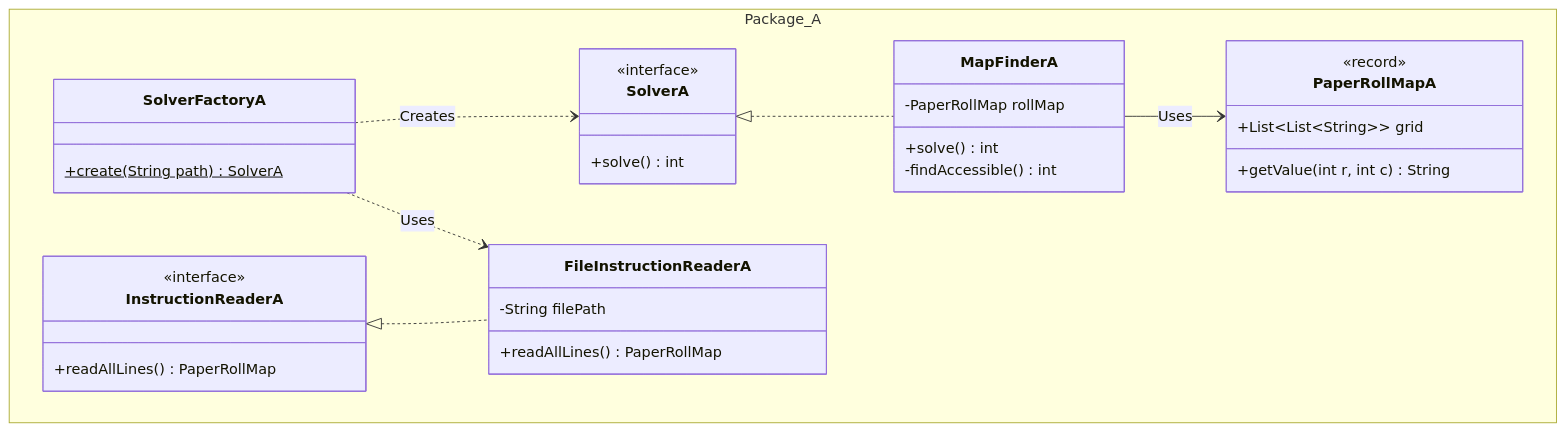
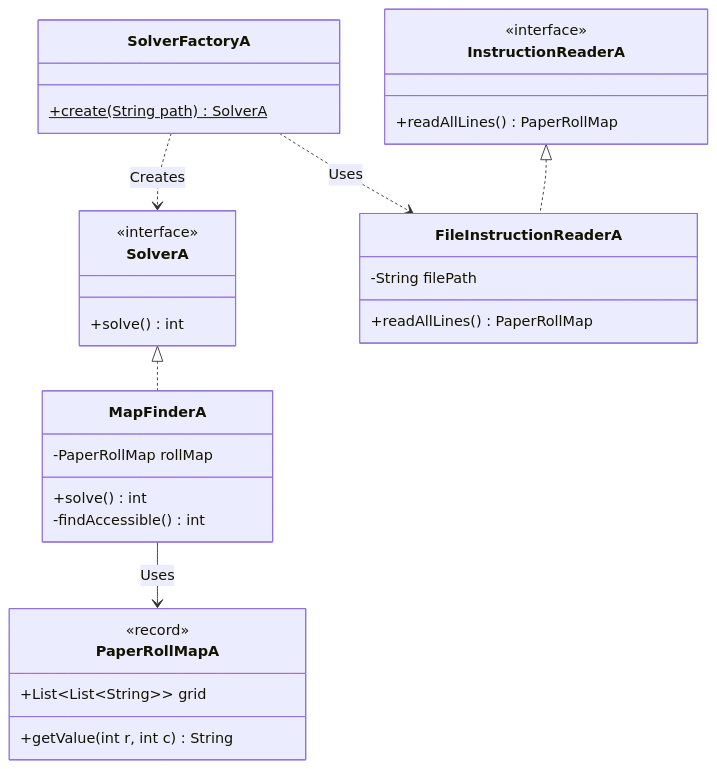
One commit to Carlossr2401/AdventOfCode4-2025 changed the first of 2 diagrams in README.md. Above: the diagram before and after it, drawn with Mermaid. The commit also changed other lines of this file, not shown here.

Commit message:
Fix: Fixed Mermaid Diagram B

````diff
--- a/README.md
+++ b/README.md
@@ -27,38 +27,36 @@
 ```mermaid
 classDiagram
-    namespace Package_A {
         class SolverA {
             <<interface>>
             +solve() int
         }
         class InstructionReaderA {
             <<interface>>
             +readAllLines() PaperRollMap
         }
         class FileInstructionReaderA {
             -String filePath
             +readAllLines() PaperRollMap
         }
         class MapFinderA {
             -PaperRollMap rollMap
             +solve() int
             -findAccessible() int
         }
         class SolverFactoryA {
             +create(String path)$ SolverA
         }
         class PaperRollMapA {
             <<record>>
             +List~List~String~~ grid
             +getValue(int r, int c) String
         }
-    }
 
     SolverA <|.. MapFinderA
     InstructionReaderA <|.. FileInstructionReaderA
     SolverFactoryA ..> SolverA : Creates
     SolverFactoryA ..> FileInstructionReaderA : Uses
     MapFinderA --> PaperRollMapA : Uses
 
 
 ```
````
